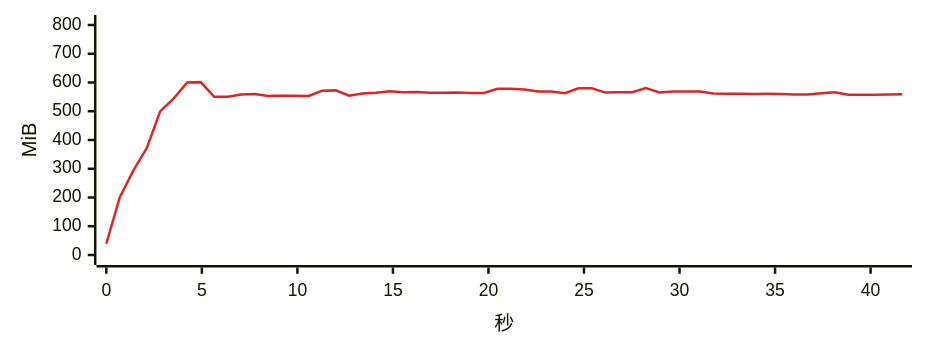
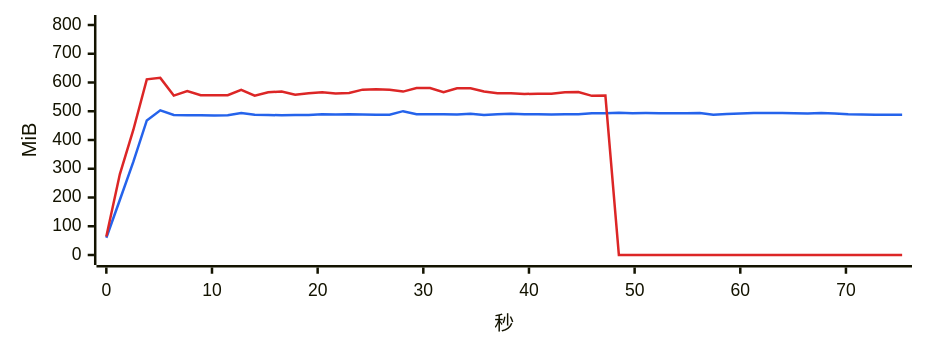
The second of 17 diagrams in bench/v4.1.0/summary.md (334456777/WeFlow), drawn with Mermaid before and after one commit. The commit also changed other lines of this file and 3 other files, not shown here.

````diff
--- a/bench/v4.1.0/summary.md
+++ b/bench/v4.1.0/summary.md
@@ -299,7 +298,8 @@
 ```mermaid
-%%{init: {"xyChart": {"width": 720, "height": 260}, "themeVariables": {"xyChart": {"plotColorPalette": "#dc2626"}}}}%%
+%%{init: {"xyChart": {"width": 720, "height": 260}, "themeVariables": {"xyChart": {"plotColorPalette": "#2563eb, #dc2626"}}}}%%
 xychart-beta
-    x-axis "秒" 0 --> 41.651
+    x-axis "秒" 0 --> 75.318
     y-axis "MiB" 0 --> 800
-    line [39.1, 201.2, 293.4, 372.0, 500.3, 545.1, 599.9, 601.3, 550.2, 550.2, 558.4, 559.6, 553.4, 554.0, 553.9, 553.1, 571.1, 572.6, 554.0, 561.6, 564.1, 569.3, 566.4, 566.6, 564.7, 564.1, 565.0, 563.1, 563.9, 578.1, 578.1, 576.0, 568.5, 568.6, 562.6, 579.9, 579.9, 564.8, 565.8, 566.2, 580.8, 565.5, 568.7, 568.7, 568.7, 561.7, 560.6, 560.8, 559.8, 560.5, 560.2, 558.3, 558.3, 562.9, 565.9, 557.5, 557.8, 557.8, 558.0, 558.8]
+    line [60.1, 191.4, 323.8, 467.9, 503.3, 486.9, 486.1, 486.1, 485.4, 486.1, 494.0, 488.2, 486.9, 486.2, 486.8, 486.8, 489.2, 488.3, 489.3, 488.7, 487.9, 487.9, 500.3, 489.3, 489.5, 489.3, 489.1, 491.6, 487.3, 489.5, 491.4, 489.5, 489.5, 488.9, 489.2, 489.4, 493.3, 493.3, 494.4, 493.1, 493.5, 492.9, 492.8, 493.2, 493.5, 488.1, 490.8, 492.2, 493.5, 493.5, 494.1, 493.4, 492.3, 493.6, 492.3, 489.7, 488.9, 487.7, 487.7, 487.7]
+    line [64.3, 280.6, 434.9, 610.9, 616.1, 554.5, 570.4, 555.6, 555.4, 555.7, 574.5, 554.0, 566.2, 568.6, 557.3, 562.9, 566.0, 561.8, 563.2, 575.2, 576.8, 574.5, 568.4, 580.8, 580.8, 565.9, 579.6, 579.6, 568.4, 562.7, 562.8, 560.0, 561.1, 561.1, 566.0, 567.1, 553.6, 554.7, 0.0, 0.0, 0.0, 0.0, 0.0, 0.0, 0.0, 0.0, 0.0, 0.0, 0.0, 0.0, 0.0, 0.0, 0.0, 0.0, 0.0, 0.0, 0.0, 0.0, 0.0, 0.0]
 ```
````
